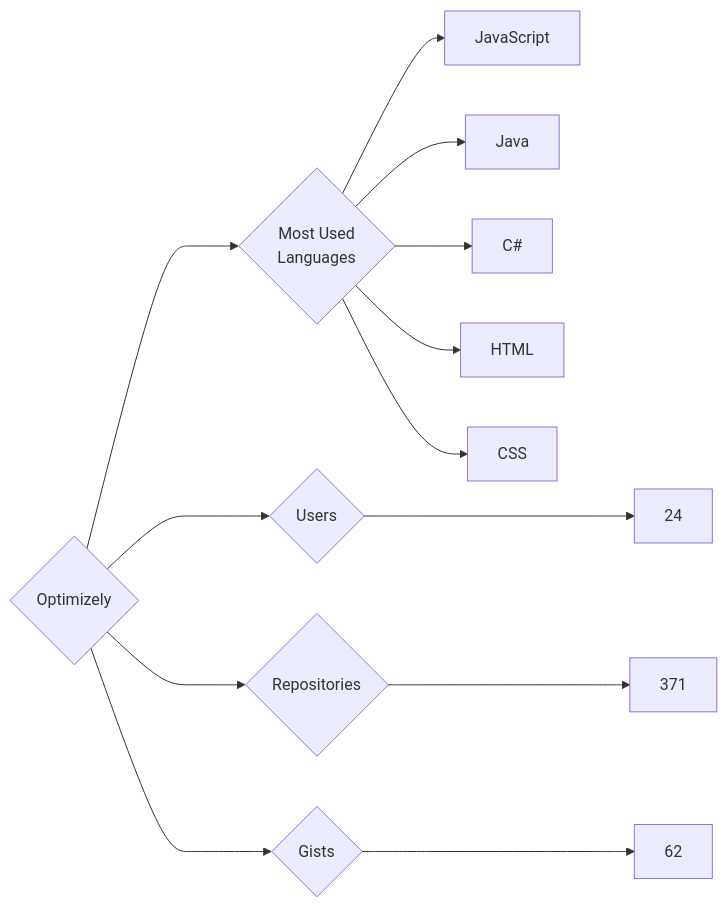
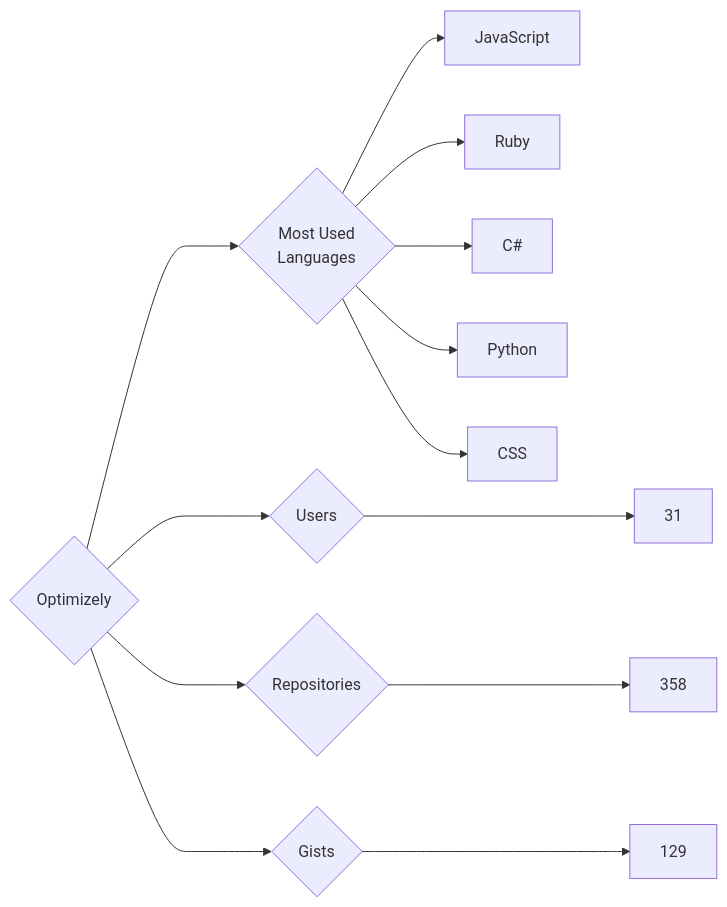
The diagram in targets/Optimizely/README.md (trickest/insiders), drawn with Mermaid before and after one commit. The commit also changed 806 other files, not shown here.

````diff
--- a/targets/Optimizely/README.md
+++ b/targets/Optimizely/README.md
@@ -3,13 +3,13 @@
 ```mermaid
 graph LR
 COMPANY_NAME{Optimizely}
-COMPANY_NAME ---> U{Users} ---> UN[24]
-COMPANY_NAME ---> R{Repositories} ---> RN[371]
-COMPANY_NAME ---> G{Gists} ---> GN[62]
+COMPANY_NAME ---> U{Users} ---> UN[31]
+COMPANY_NAME ---> R{Repositories} ---> RN[358]
+COMPANY_NAME ---> G{Gists} ---> GN[129]
 COMPANY_NAME ---> ML{Most Used<br>Languages}
 ML --> JavaScript[JavaScript]
-ML --> Java[Java]
+ML --> Ruby[Ruby]
 ML --> C#[C#]
-ML --> HTML[HTML]
+ML --> Python[Python]
 ML --> CSS[CSS]
 ```
````
